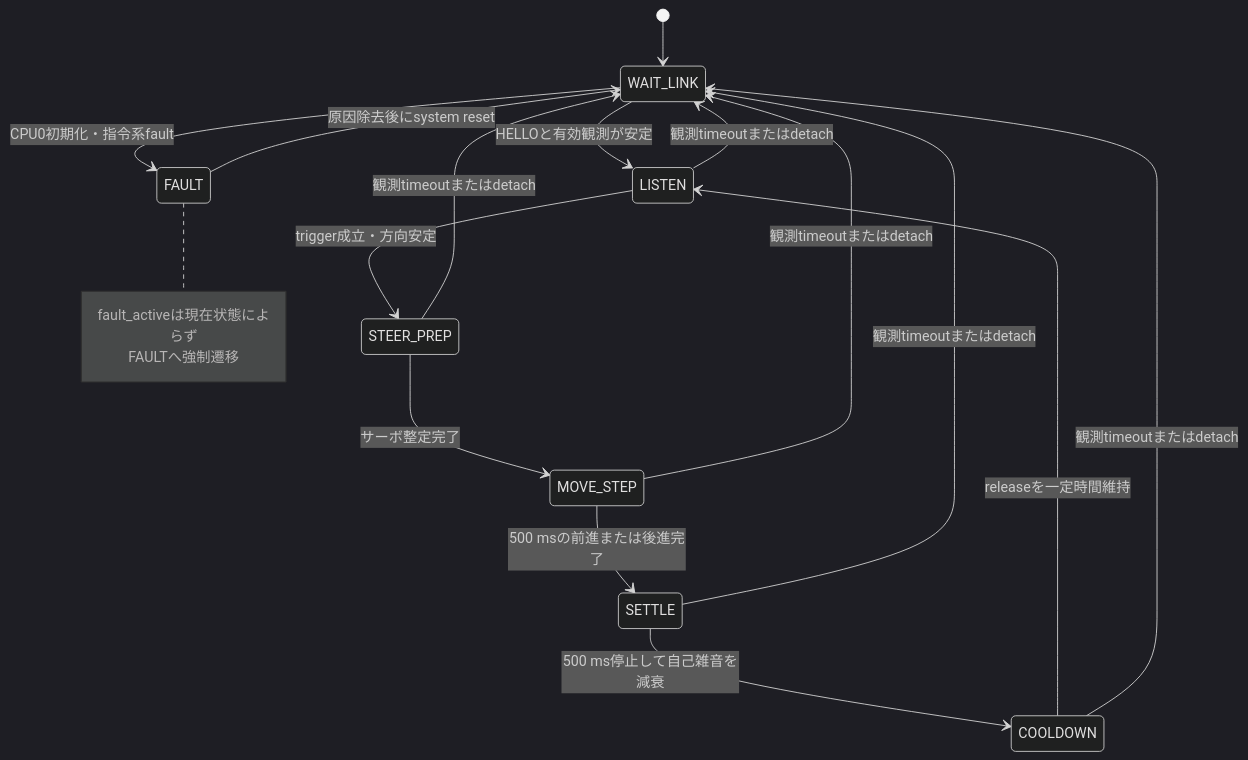
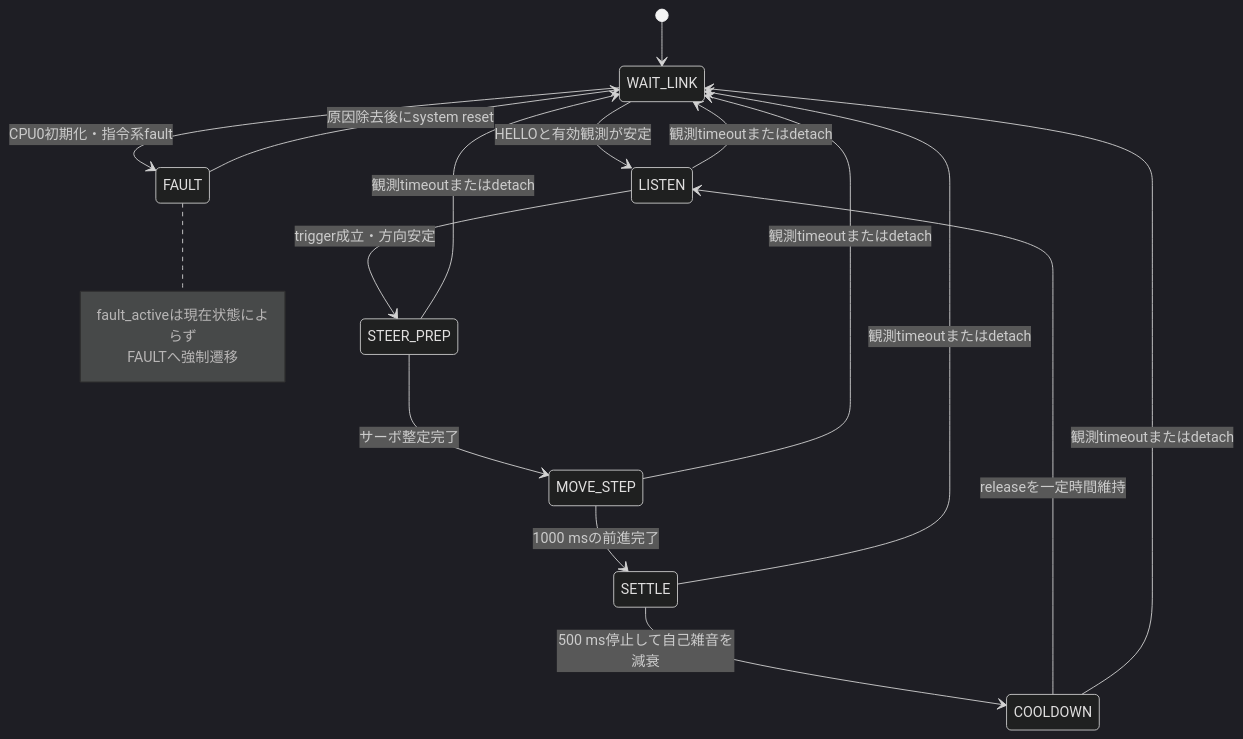
Before and after one commit to horned128/sound-exploration-rover: the second of 2 diagrams in docs/firmware/RESPEAKER_INTEGRATION.md, drawn with Mermaid (dark theme). The commit also changed other lines of this file and 33 other files, not shown here.

````diff
--- a/docs/firmware/RESPEAKER_INTEGRATION.md
+++ b/docs/firmware/RESPEAKER_INTEGRATION.md
@@ -239,21 +239,21 @@
 ```mermaid
 stateDiagram-v2
     [*] --> WAIT_LINK
     WAIT_LINK --> LISTEN: HELLOと有効観測が安定
     LISTEN --> STEER_PREP: trigger成立・方向安定
     STEER_PREP --> MOVE_STEP: サーボ整定完了
-    MOVE_STEP --> SETTLE: 500 msの前進または後進完了
+    MOVE_STEP --> SETTLE: 1000 msの前進完了
     SETTLE --> COOLDOWN: 500 ms停止して自己雑音を減衰
     COOLDOWN --> LISTEN: releaseを一定時間維持
     WAIT_LINK --> FAULT: CPU0初期化・指令系fault
     LISTEN --> WAIT_LINK: 観測timeoutまたはdetach
     STEER_PREP --> WAIT_LINK: 観測timeoutまたはdetach
     MOVE_STEP --> WAIT_LINK: 観測timeoutまたはdetach
     SETTLE --> WAIT_LINK: 観測timeoutまたはdetach
     COOLDOWN --> WAIT_LINK: 観測timeoutまたはdetach
     FAULT --> WAIT_LINK: 原因除去後にsystem reset
     note right of FAULT
         fault_activeは現在状態によらず
         FAULTへ強制遷移
     end note
 ```
````
